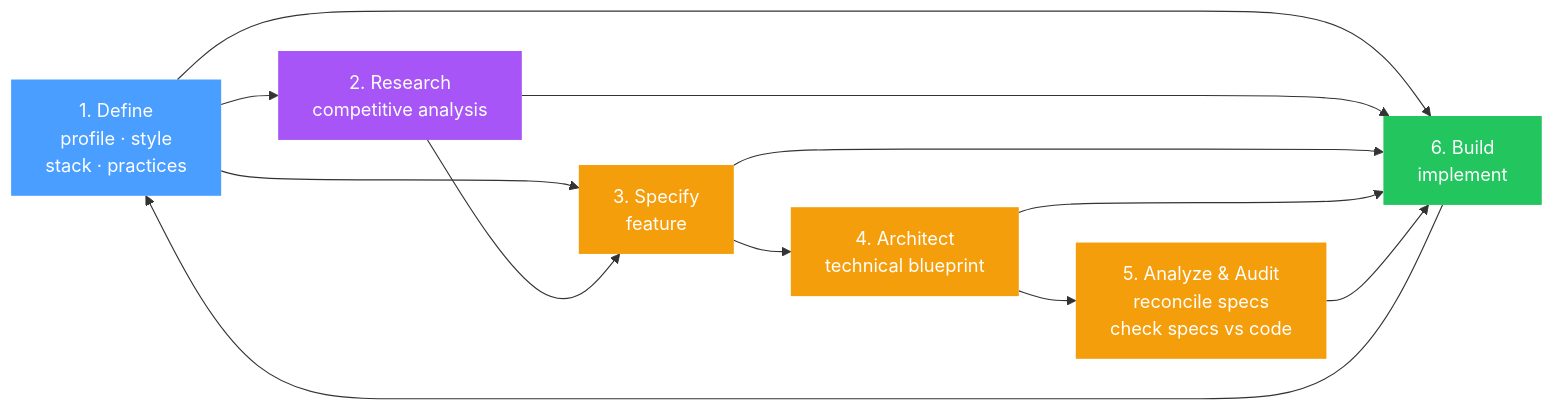
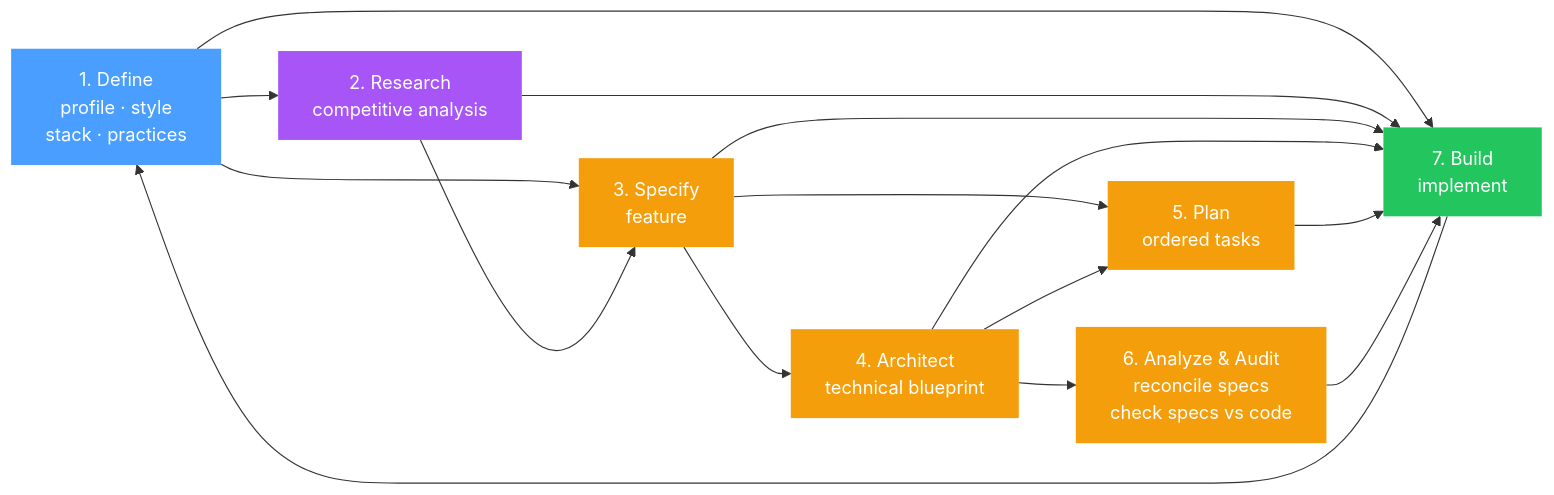
Before and after one commit to gballer77/gspec: the diagram in README.md, drawn with Mermaid. The commit also changed other lines of this file and 18 other files, not shown here.

````diff
--- a/README.md
+++ b/README.md
@@ -30,41 +30,48 @@
 ```mermaid
 flowchart LR
     Define["1. Define
     profile · style
     stack · practices"]
 
     Research["2. Research
     competitive analysis"]
 
     Specify["3. Specify
     feature"]
 
     Architect["4. Architect
     technical blueprint"]
 
-    Analyze["5. Analyze &amp; Audit
+    Plan["5. Plan
+    ordered tasks"]
+
+    Analyze["6. Analyze &amp; Audit
     reconcile specs
     check specs vs code"]
 
-    Build["6. Build
+    Build["7. Build
     implement"]
 
     Define --> Research
     Define --> Specify
     Define --> Build
     Research --> Specify
     Research --> Build
     Specify --> Architect
+    Specify --> Plan
     Specify --> Build
+    Architect --> Plan
     Architect --> Analyze
     Architect --> Build
+    Plan --> Build
     Analyze --> Build
     Build --> Define
 
     style Define fill:#4a9eff,color:#fff,stroke:none
     style Research fill:#a855f7,color:#fff,stroke:none
     style Specify fill:#f59e0b,color:#fff,stroke:none
     style Architect fill:#f59e0b,color:#fff,stroke:none
+    style Plan fill:#f59e0b,color:#fff,stroke:none
     style Analyze fill:#f59e0b,color:#fff,stroke:none
     style Build fill:#22c55e,color:#fff,stroke:none
 ```
````
